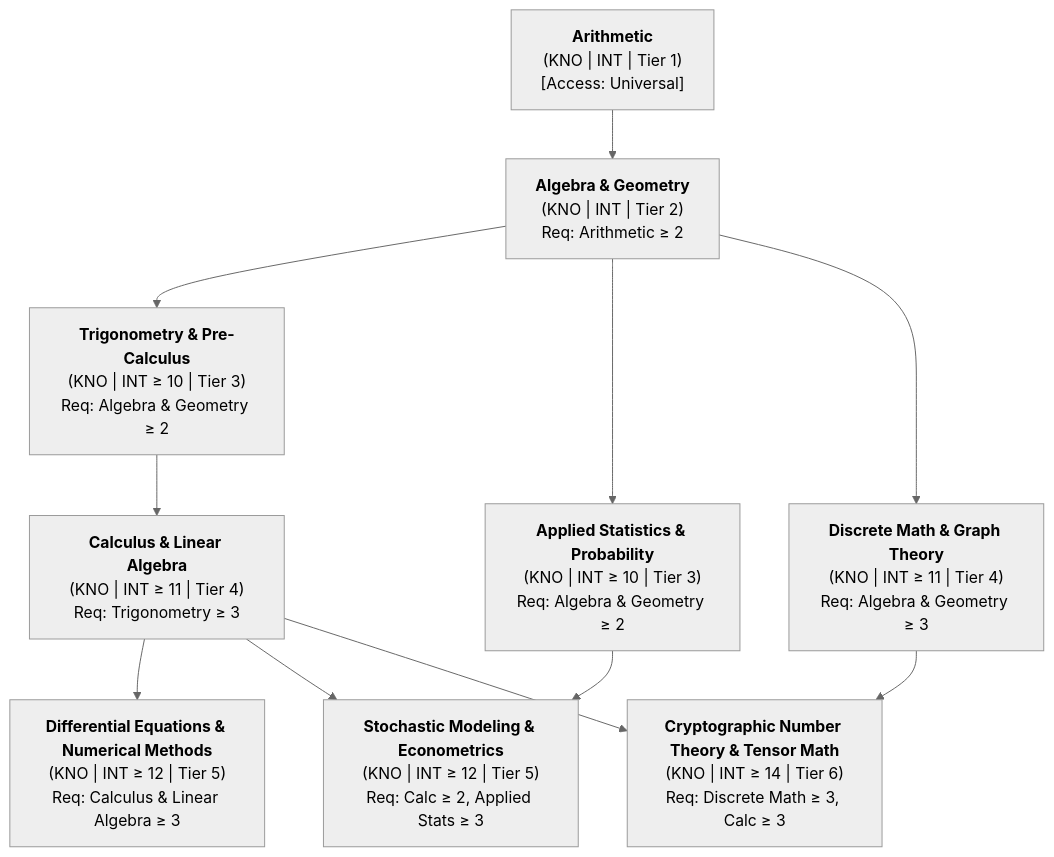
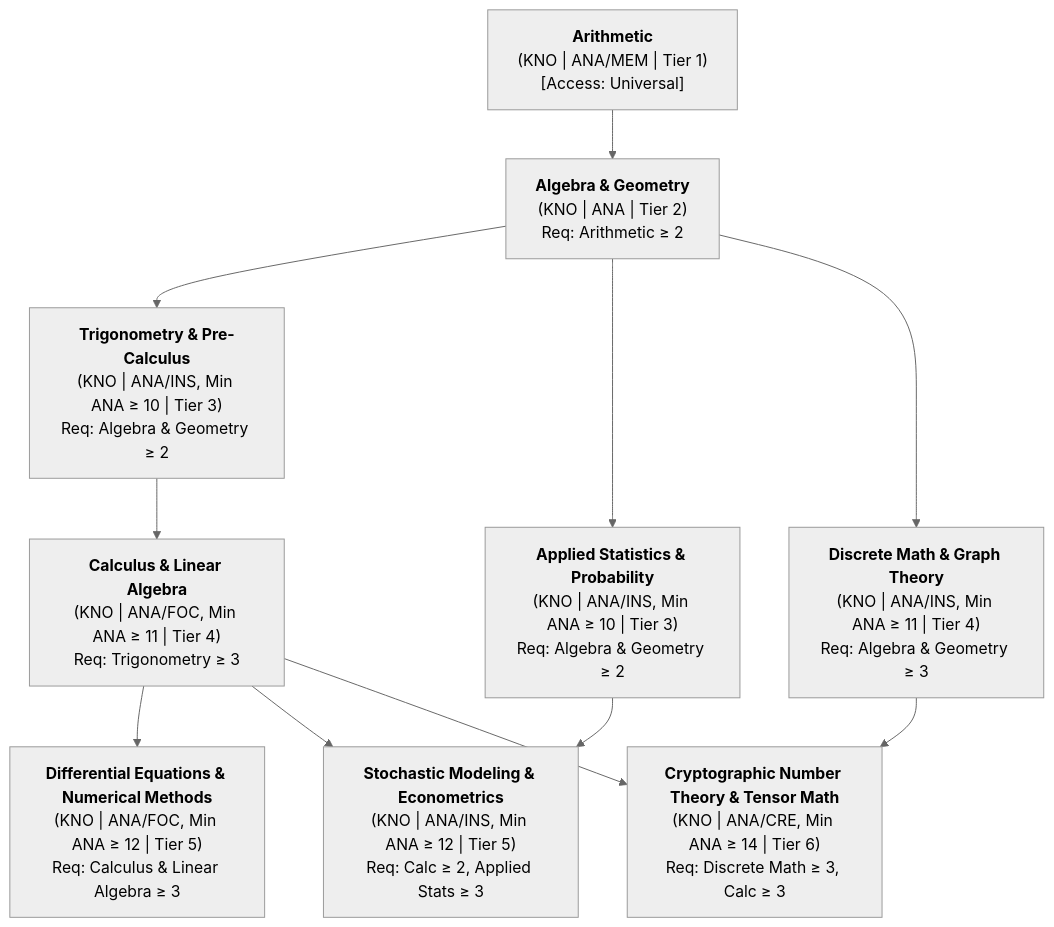
Before and after one commit to rarebreed/satya: the first of 9 diagrams in docs/ttrpg/skill-design.md, drawn with Mermaid (neutral theme). The commit also changed other lines of this file and 1 other file, not shown here.

````diff
--- a/docs/ttrpg/skill-design.md
+++ b/docs/ttrpg/skill-design.md
@@ -175,23 +203,23 @@
 ```mermaid
 flowchart TD
-    Arith["<b>Arithmetic</b><br/>(KNO | INT | Tier 1)<br/>[Access: Universal]"]
-    Alg["<b>Algebra & Geometry</b><br/>(KNO | INT | Tier 2)<br/>Req: Arithmetic ≥ 2"]
-    Trig["<b>Trigonometry & Pre-Calculus</b><br/>(KNO | INT ≥ 10 | Tier 3)<br/>Req: Algebra & Geometry ≥ 2"]
-    Stats1["<b>Applied Statistics & Probability</b><br/>(KNO | INT ≥ 10 | Tier 3)<br/>Req: Algebra & Geometry ≥ 2"]
-    Calc["<b>Calculus & Linear Algebra</b><br/>(KNO | INT ≥ 11 | Tier 4)<br/>Req: Trigonometry ≥ 3"]
-    Disc["<b>Discrete Math & Graph Theory</b><br/>(KNO | INT ≥ 11 | Tier 4)<br/>Req: Algebra & Geometry ≥ 3"]
-    DiffEq["<b>Differential Equations & Numerical Methods</b><br/>(KNO | INT ≥ 12 | Tier 5)<br/>Req: Calculus & Linear Algebra ≥ 3"]
-    Stoch["<b>Stochastic Modeling & Econometrics</b><br/>(KNO | INT ≥ 12 | Tier 5)<br/>Req: Calc ≥ 2, Applied Stats ≥ 3"]
-    CryptoMath["<b>Cryptographic Number Theory & Tensor Math</b><br/>(KNO | INT ≥ 14 | Tier 6)<br/>Req: Discrete Math ≥ 3, Calc ≥ 3"]
+    Arith["<b>Arithmetic</b><br/>(KNO | ANA/MEM | Tier 1)<br/>[Access: Universal]"]
+    Alg["<b>Algebra & Geometry</b><br/>(KNO | ANA | Tier 2)<br/>Req: Arithmetic ≥ 2"]
+    Trig["<b>Trigonometry & Pre-Calculus</b><br/>(KNO | ANA/INS, Min ANA ≥ 10 | Tier 3)<br/>Req: Algebra & Geometry ≥ 2"]
+    Stats1["<b>Applied Statistics & Probability</b><br/>(KNO | ANA/INS, Min ANA ≥ 10 | Tier 3)<br/>Req: Algebra & Geometry ≥ 2"]
+    Calc["<b>Calculus & Linear Algebra</b><br/>(KNO | ANA/FOC, Min ANA ≥ 11 | Tier 4)<br/>Req: Trigonometry ≥ 3"]
+    Disc["<b>Discrete Math & Graph Theory</b><br/>(KNO | ANA/INS, Min ANA ≥ 11 | Tier 4)<br/>Req: Algebra & Geometry ≥ 3"]
+    DiffEq["<b>Differential Equations & Numerical Methods</b><br/>(KNO | ANA/FOC, Min ANA ≥ 12 | Tier 5)<br/>Req: Calculus & Linear Algebra ≥ 3"]
+    Stoch["<b>Stochastic Modeling & Econometrics</b><br/>(KNO | ANA/INS, Min ANA ≥ 12 | Tier 5)<br/>Req: Calc ≥ 2, Applied Stats ≥ 3"]
+    CryptoMath["<b>Cryptographic Number Theory & Tensor Math</b><br/>(KNO | ANA/CRE, Min ANA ≥ 14 | Tier 6)<br/>Req: Discrete Math ≥ 3, Calc ≥ 3"]
 
     Arith --> Alg
     Alg --> Trig
     Alg --> Stats1
     Alg --> Disc
     Trig --> Calc
     Calc --> DiffEq
     Calc --> Stoch
     Stats1 --> Stoch
     Disc --> CryptoMath
     Calc --> CryptoMath
 ```
````
